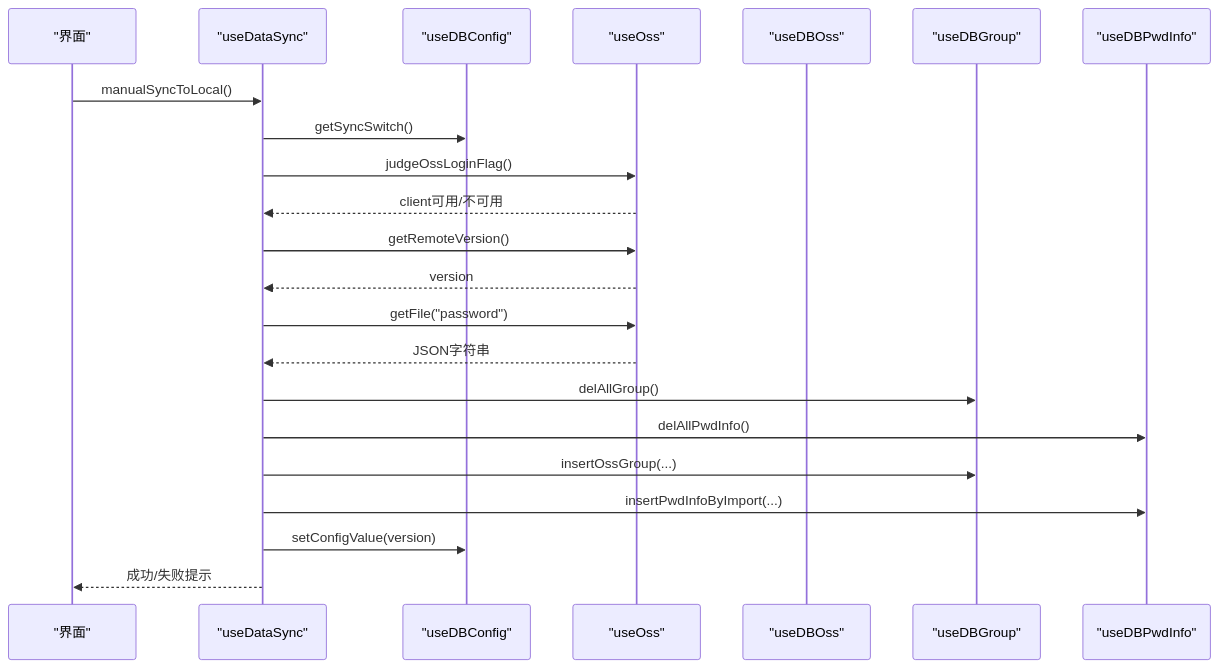
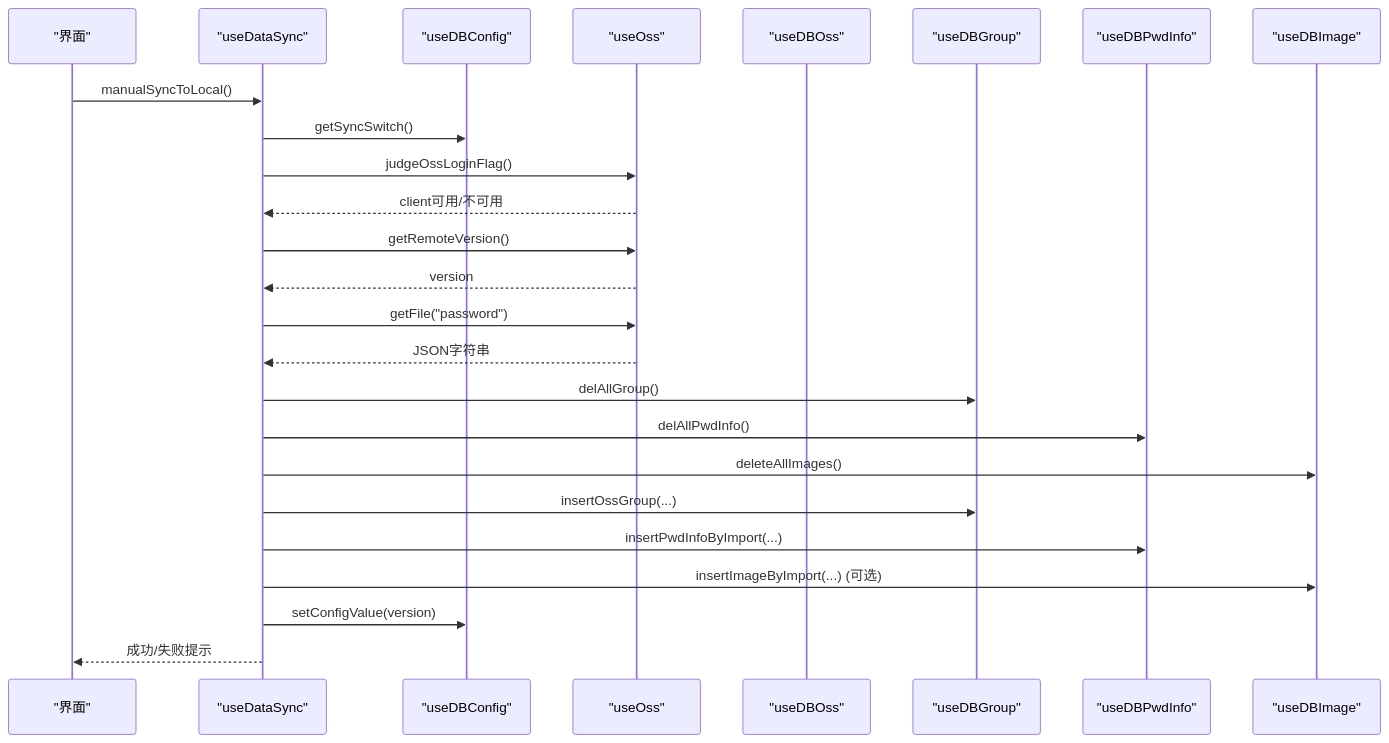
The third of 6 diagrams in .qoder/repowiki/zh/content/API参考手册/业务逻辑API/业务逻辑API.md (scgithub3220216/password-manager), drawn with Mermaid before and after one commit. The commit also changed other lines of this file and 15 other files, not shown here.

First line of the commit message:
feat(sync): 增强数据同步以支持图像数据管理

````diff
--- a/.qoder/repowiki/zh/content/API参考手册/业务逻辑API/业务逻辑API.md
+++ b/.qoder/repowiki/zh/content/API参考手册/业务逻辑API/业务逻辑API.md
@@ -205,24 +235,27 @@
 ```mermaid
 sequenceDiagram
 participant UI as "界面"
 participant DS as "useDataSync"
 participant CFG as "useDBConfig"
 participant OSS as "useOss"
 participant ODB as "useDBOss"
 participant GDB as "useDBGroup"
 participant PDB as "useDBPwdInfo"
+participant IDB as "useDBImage"
 UI->>DS : manualSyncToLocal()
 DS->>CFG : getSyncSwitch()
 DS->>OSS : judgeOssLoginFlag()
 OSS-->>DS : client可用/不可用
 DS->>OSS : getRemoteVersion()
 OSS-->>DS : version
 DS->>OSS : getFile("password")
 OSS-->>DS : JSON字符串
 DS->>GDB : delAllGroup()
 DS->>PDB : delAllPwdInfo()
+DS->>IDB : deleteAllImages()
 DS->>GDB : insertOssGroup(...)
 DS->>PDB : insertPwdInfoByImport(...)
+DS->>IDB : insertImageByImport(...) (可选)
 DS->>CFG : setConfigValue(version)
 DS-->>UI : 成功/失败提示
 ```
````
